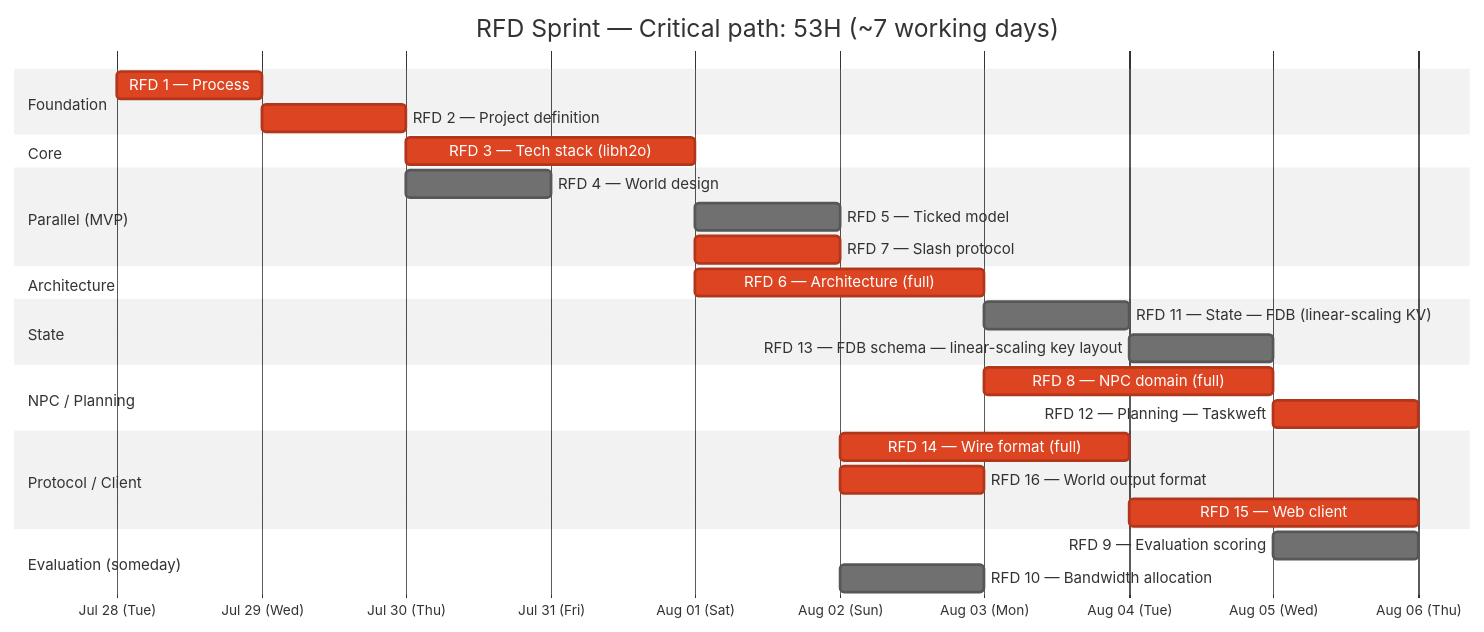
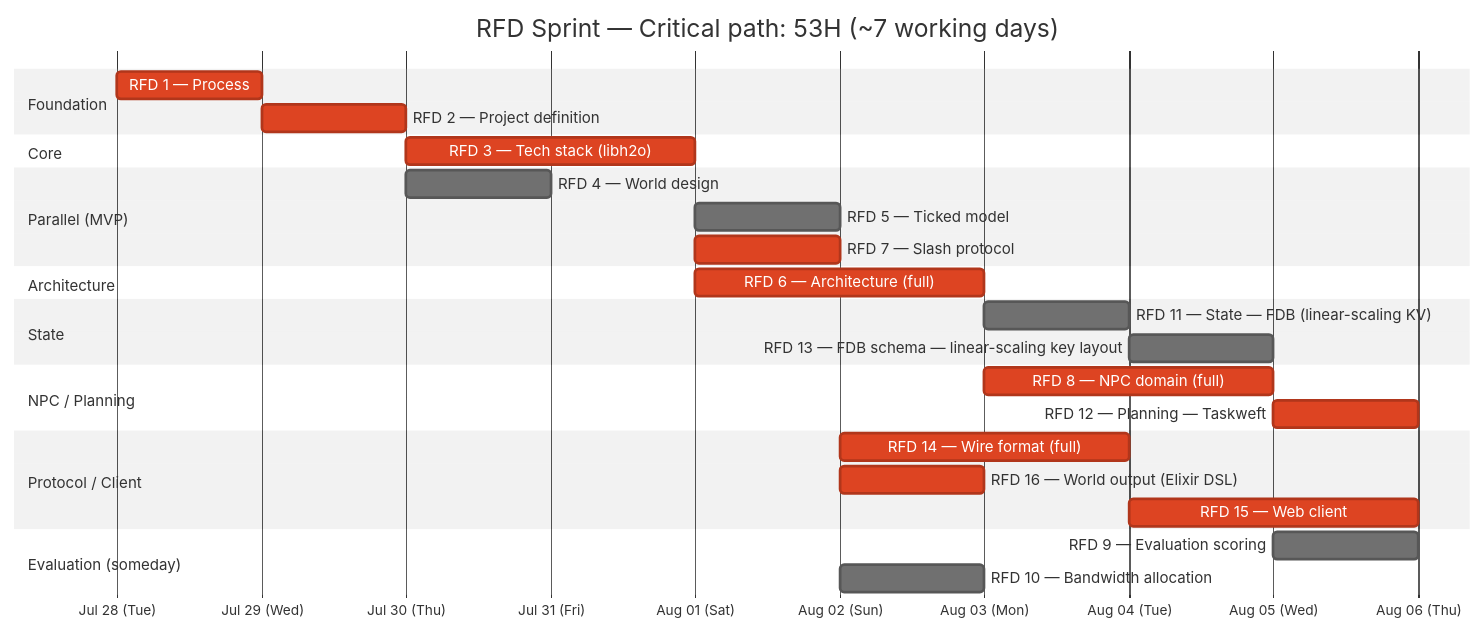
Before and after one commit to taskweft/crucible-rfd: the second of 2 diagrams in PERT_PLAN.md, drawn with Mermaid (neutral theme). The commit also changed other lines of this file and 1 other file, not shown here.

Commit message:
RFD 16: define world output format as Elixir DSL (typed struct + encoder protocol)

````diff
--- a/PERT_PLAN.md
+++ b/PERT_PLAN.md
@@ -46,38 +46,38 @@
 ```mermaid
 gantt
     title RFD Sprint — Critical path: 53H (~7 working days)
     dateFormat  YYYY-MM-DD
     axisFormat  %b %d (%a)
 
     section Foundation
     RFD 1 — Process               :crit, r1, 2026-07-28, 1d
     RFD 2 — Project definition    :crit, r2, after r1, 1d
 
     section Core
     RFD 3 — Tech stack (libh2o)   :crit, r3, after r2, 2d
 
     section Parallel (MVP)
     RFD 4 — World design          :r4, after r2, 1d
     RFD 5 — Ticked model          :r5, after r3, 0.5d
     RFD 7 — Slash protocol        :crit, r7, after r3, 0.75d
 
     section Architecture
     RFD 6 — Architecture (full)   :crit, r6, after r3, 1.5d
 
     section State
     RFD 11 — State — FDB (linear-scaling KV)  :r11, after r6, 1d
     RFD 13 — FDB schema — linear-scaling key layout    :r13, after r11, 1d
 
     section NPC / Planning
     RFD 8 — NPC domain (full)     :crit, r8, after r6, 1.5d
     RFD 12 — Planning — Taskweft  :crit, r12, after r8, 1d
 
     section Protocol / Client
     RFD 14 — Wire format (full)   :crit, r14, after r7, 1.5d
-    RFD 16 — World output format  :crit, r16, after r7, 0.5d
+    RFD 16 — World output (Elixir DSL) :crit, r16, after r7, 0.5d
     RFD 15 — Web client           :crit, r15, after r14, 2d
 
     section Evaluation (someday)
     RFD 9 — Evaluation scoring    :r9, after r8, 1d
     RFD 10 — Bandwidth allocation  :r10, after r5, 1d
 ```
````
